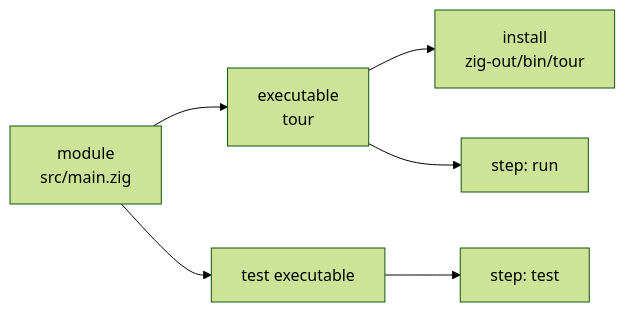
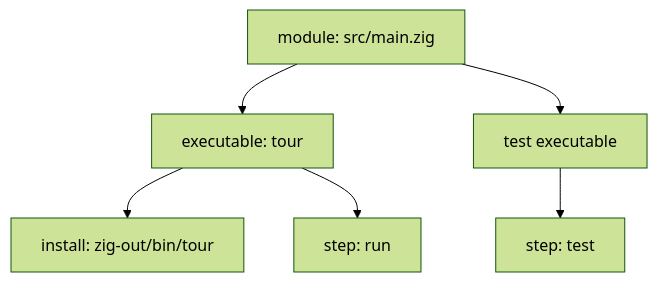
One commit to forinda/learn-zig-with-forinda changed the diagram in src/pages/guide/start/02-build-run-test.md. Above: the diagram before and after it, drawn with Mermaid (forest theme). The commit also changed other lines of this file, not shown here.

Commit message:
guide: build, run and test, rewritten (build.zig line by line, optimize modes and safety, std.testing checks and failures, running tests)

````diff
--- a/src/pages/guide/start/02-build-run-test.md
+++ b/src/pages/guide/start/02-build-run-test.md
@@ -36,8 +20,8 @@
 ```mermaid
-flowchart LR
-    mod["module<br/>src/main.zig"] --> exe["executable<br/>tour"]
+flowchart TB
+    mod["module: src/main.zig"] --> exe["executable: tour"]
     mod --> tests["test executable"]
-    exe --> install["install<br/>zig-out/bin/tour"]
+    exe --> install["install: zig-out/bin/tour"]
     exe --> run["step: run"]
     tests --> test["step: test"]
 ```
````
